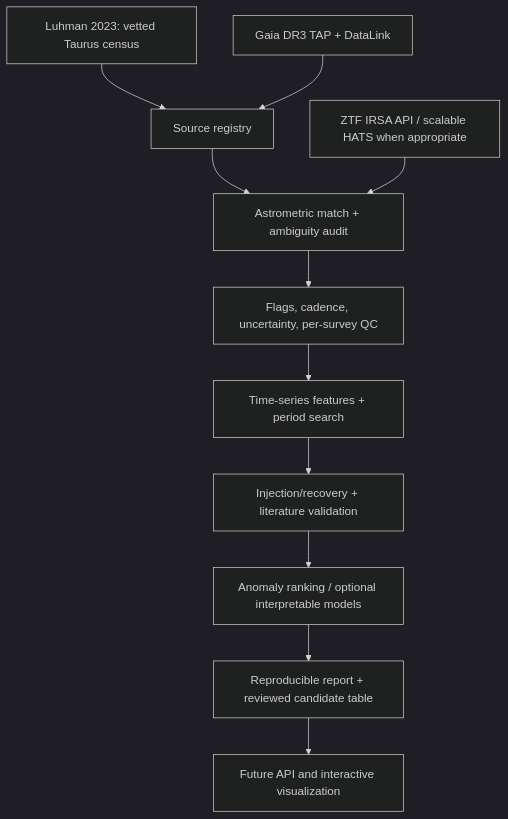
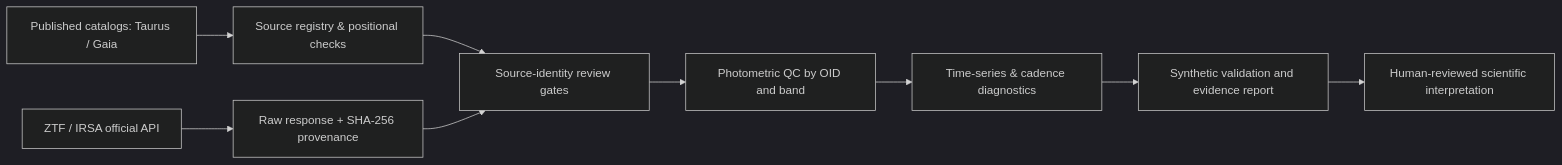
The diagram in README.md (ismaelberja/stellarforge), drawn with Mermaid (dark theme) before and after one commit. The commit also changed other lines of this file and 5 other files, not shown here.

First line of the commit message:
Prepare StellarForge for public portfolio review without exposing raw ZTF data

````diff
--- a/README.md
+++ b/README.md
@@ -239,13 +37,11 @@
 ```mermaid
-flowchart TD
-  L[Luhman 2023: vetted Taurus census] --> C[Source registry]
-  G[Gaia DR3 TAP + DataLink] --> C
-  C --> M[Astrometric match + ambiguity audit]
-  Z[ZTF IRSA API / scalable HATS when appropriate] --> M
-  M --> Q[Flags, cadence, uncertainty, per-survey QC]
-  Q --> T[Time-series features + period search]
-  T --> V[Injection/recovery + literature validation]
-  V --> ML[Anomaly ranking / optional interpretable models]
-  ML --> R[Reproducible report + reviewed candidate table]
-  R --> API[Future API and interactive visualization]
+flowchart LR
+    A[Published catalogs: Taurus / Gaia] --> B[Source registry & positional checks]
+    C[ZTF / IRSA official API] --> D[Raw response + SHA-256 provenance]
+    B --> E[Source-identity review gates]
+    D --> E
+    E --> F[Photometric QC by OID and band]
+    F --> G[Time-series & cadence diagnostics]
+    G --> H[Synthetic validation and evidence report]
+    H --> I[Human-reviewed scientific interpretation]
 ```
````
